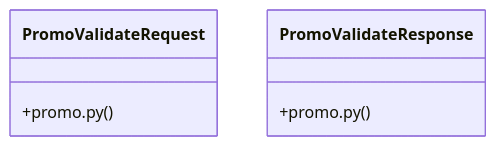
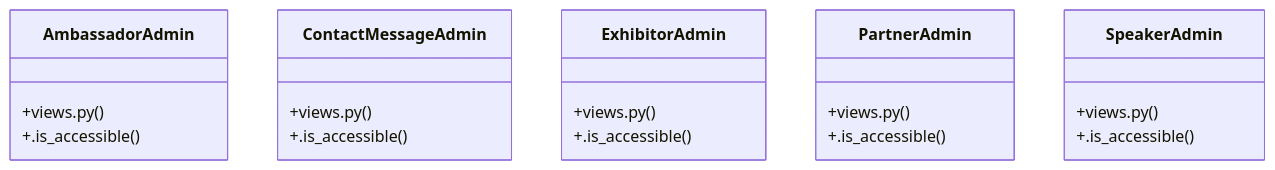
The diagram in graphify-out/wiki/[ModelView_&__has_permission()]_Cluster.md (adjanayo/synca_conf_back), drawn with Mermaid before and after one commit. The commit also changed other lines of this file and 76 other files, not shown here.

Commit message:
chore: update graphify knowledge graph

````diff
--- a/graphify-out/wiki/[ModelView_&__has_permission()]_Cluster.md
+++ b/graphify-out/wiki/[ModelView_&__has_permission()]_Cluster.md
@@ -27,9 +23,23 @@
 ```mermaid
 classDiagram
-    class PromoValidateRequest {
-        +promo.py()
+    class AmbassadorAdmin {
+        +views.py()
+        +.is_accessible()
     }
-    class PromoValidateResponse {
-        +promo.py()
+    class ContactMessageAdmin {
+        +views.py()
+        +.is_accessible()
+    }
+    class ExhibitorAdmin {
+        +views.py()
+        +.is_accessible()
+    }
+    class PartnerAdmin {
+        +views.py()
+        +.is_accessible()
+    }
+    class SpeakerAdmin {
+        +views.py()
+        +.is_accessible()
     }
 ```
````
